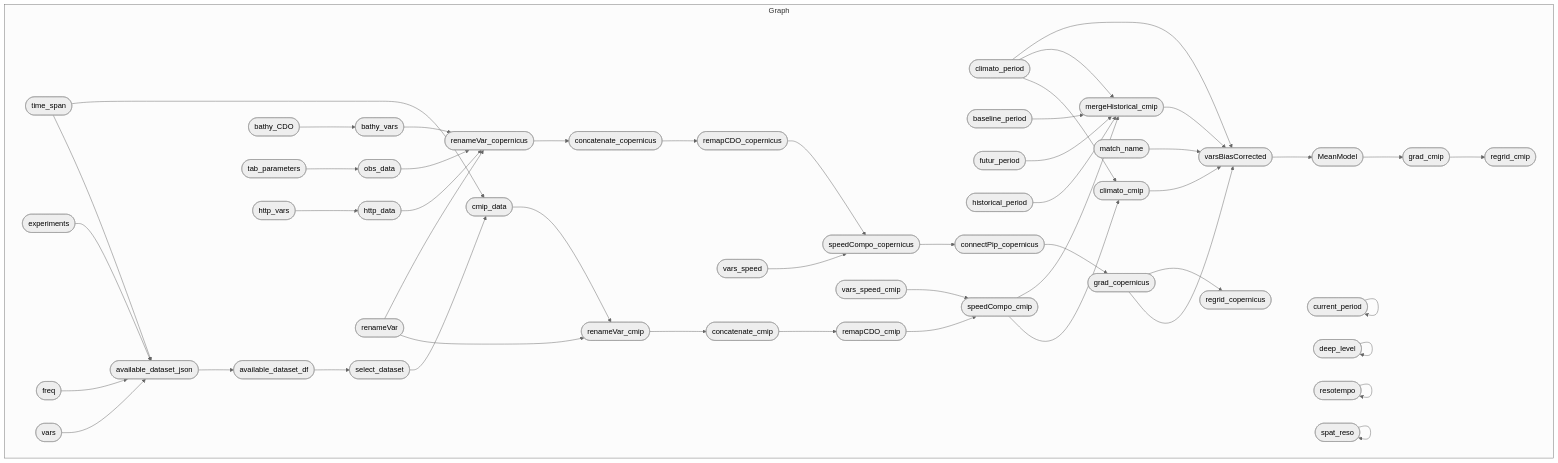
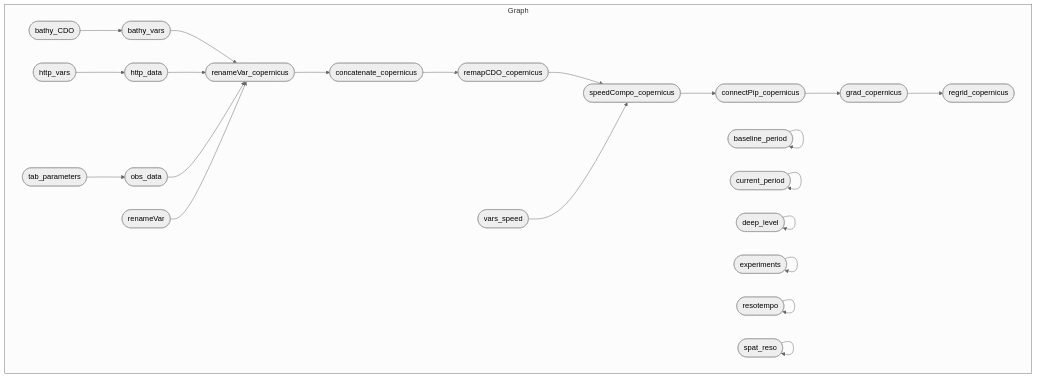
The diagram in README.md (r-fernandezz/downshape), drawn with Mermaid (neutral theme) before and after one commit. The commit also changed other lines of this file and 3 other files, not shown here.

````diff
--- a/README.md
+++ b/README.md
@@ -24,53 +24,26 @@
 ``` mermaid
 graph LR
   subgraph Graph
     direction LR
-    xe895740a9b7896f7(["available_dataset_df"]):::outdated --> x3f5ab24ee8d242b4(["select_dataset"]):::outdated
-    xb5817e1daca13dcc(["bathy_vars"]):::uptodate --> xe44467b2b079fc18(["renameVar_copernicus"]):::uptodate
-    x35b468daf9281b76(["http_data"]):::uptodate --> xe44467b2b079fc18(["renameVar_copernicus"]):::uptodate
-    xd7bca5ba4e5f539d(["obs_data"]):::uptodate --> xe44467b2b079fc18(["renameVar_copernicus"]):::uptodate
-    xd15c82dcb79a7c2e(["renameVar"]):::uptodate --> xe44467b2b079fc18(["renameVar_copernicus"]):::uptodate
-    x0754d07deb71dd34(["MeanModel"]):::outdated --> x4c3d86d2401270ef(["grad_cmip"]):::outdated
-    x3f5ab24ee8d242b4(["select_dataset"]):::outdated --> xd8e5f2013a341013(["cmip_data"]):::outdated
-    x2c0118dd07b06ac8(["time_span"]):::outdated --> xd8e5f2013a341013(["cmip_data"]):::outdated
-    x37179b61a203cbd3(["grad_copernicus"]):::uptodate --> x86e690a15fc5d647(["regrid_copernicus"]):::uptodate
+    xd2707862cf793d3a(["connectPip_copernicus"]):::outdated --> x37179b61a203cbd3(["grad_copernicus"]):::outdated
+    xb5817e1daca13dcc(["bathy_vars"]):::uptodate --> xe44467b2b079fc18(["renameVar_copernicus"]):::outdated
+    x35b468daf9281b76(["http_data"]):::uptodate --> xe44467b2b079fc18(["renameVar_copernicus"]):::outdated
+    xd7bca5ba4e5f539d(["obs_data"]):::outdated --> xe44467b2b079fc18(["renameVar_copernicus"]):::outdated
+    xd15c82dcb79a7c2e(["renameVar"]):::uptodate --> xe44467b2b079fc18(["renameVar_copernicus"]):::outdated
+    xfc6ed28680e5db72(["speedCompo_copernicus"]):::outdated --> xd2707862cf793d3a(["connectPip_copernicus"]):::outdated
+    x9289bfb53112cf3b(["concatenate_copernicus"]):::outdated --> xec6283d15a25ed08(["remapCDO_copernicus"]):::outdated
+    xec6283d15a25ed08(["remapCDO_copernicus"]):::outdated --> xfc6ed28680e5db72(["speedCompo_copernicus"]):::outdated
+    xca459201a27e8460(["vars_speed"]):::uptodate --> xfc6ed28680e5db72(["speedCompo_copernicus"]):::outdated
+    xe44467b2b079fc18(["renameVar_copernicus"]):::outdated --> x9289bfb53112cf3b(["concatenate_copernicus"]):::outdated
+    x4301c707c2ab0cdc(["tab_parameters"]):::uptodate --> xd7bca5ba4e5f539d(["obs_data"]):::outdated
+    x37179b61a203cbd3(["grad_copernicus"]):::outdated --> x86e690a15fc5d647(["regrid_copernicus"]):::outdated
+    x71e926299248ce3f(["http_vars"]):::uptodate --> x35b468daf9281b76(["http_data"]):::uptodate
     xf5c6fd225c377a3d(["bathy_CDO"]):::uptodate --> xb5817e1daca13dcc(["bathy_vars"]):::uptodate
-    x4301c707c2ab0cdc(["tab_parameters"]):::uptodate --> xd7bca5ba4e5f539d(["obs_data"]):::uptodate
-    x0c817e56268c947c(["climato_cmip"]):::outdated --> x178958aede3793d9(["varsBiasCorrected"]):::outdated
-    xbbe4eafa679df977(["climato_period"]):::outdated --> x178958aede3793d9(["varsBiasCorrected"]):::outdated
-    x37179b61a203cbd3(["grad_copernicus"]):::uptodate --> x178958aede3793d9(["varsBiasCorrected"]):::outdated
-    xab1c13260db879af(["match_name"]):::outdated --> x178958aede3793d9(["varsBiasCorrected"]):::outdated
-    xf21dac5ab86940da(["mergeHistorical_cmip"]):::outdated --> x178958aede3793d9(["varsBiasCorrected"]):::outdated
-    x9289bfb53112cf3b(["concatenate_copernicus"]):::uptodate --> xec6283d15a25ed08(["remapCDO_copernicus"]):::uptodate
-    x21b09bf88a2ff147(["baseline_period"]):::uptodate --> xf21dac5ab86940da(["mergeHistorical_cmip"]):::outdated
-    xbbe4eafa679df977(["climato_period"]):::outdated --> xf21dac5ab86940da(["mergeHistorical_cmip"]):::outdated
-    xbce5cad1cf7e7103(["futur_period"]):::outdated --> xf21dac5ab86940da(["mergeHistorical_cmip"]):::outdated
-    x57dd1d5e854c11b6(["historical_period"]):::outdated --> xf21dac5ab86940da(["mergeHistorical_cmip"]):::outdated
-    xe5de19f3be59da20(["speedCompo_cmip"]):::outdated --> xf21dac5ab86940da(["mergeHistorical_cmip"]):::outdated
-    xf4b49e2ba07661b1(["remapCDO_cmip"]):::outdated --> xe5de19f3be59da20(["speedCompo_cmip"]):::outdated
-    x7a197bdf5f12681a(["vars_speed_cmip"]):::outdated --> xe5de19f3be59da20(["speedCompo_cmip"]):::outdated
-    xec6283d15a25ed08(["remapCDO_copernicus"]):::uptodate --> xfc6ed28680e5db72(["speedCompo_copernicus"]):::uptodate
-    xca459201a27e8460(["vars_speed"]):::uptodate --> xfc6ed28680e5db72(["speedCompo_copernicus"]):::uptodate
-    x71e926299248ce3f(["http_vars"]):::uptodate --> x35b468daf9281b76(["http_data"]):::uptodate
-    xfc6ed28680e5db72(["speedCompo_copernicus"]):::uptodate --> xd2707862cf793d3a(["connectPip_copernicus"]):::uptodate
-    xe44467b2b079fc18(["renameVar_copernicus"]):::uptodate --> x9289bfb53112cf3b(["concatenate_copernicus"]):::uptodate
-    xac02e5e58926353b(["experiments"]):::uptodate --> x6fcf9b0e7fc429ff(["available_dataset_json"]):::outdated
-    x906e78a8df9f52cb(["freq"]):::outdated --> x6fcf9b0e7fc429ff(["available_dataset_json"]):::outdated
-    x2c0118dd07b06ac8(["time_span"]):::outdated --> x6fcf9b0e7fc429ff(["available_dataset_json"]):::outdated
-    x8f15ec77b8dbd81a(["vars"]):::outdated --> x6fcf9b0e7fc429ff(["available_dataset_json"]):::outdated
-    x178958aede3793d9(["varsBiasCorrected"]):::outdated --> x0754d07deb71dd34(["MeanModel"]):::outdated
-    xd8e5f2013a341013(["cmip_data"]):::outdated --> x0262297569c18022(["renameVar_cmip"]):::outdated
-    xd15c82dcb79a7c2e(["renameVar"]):::uptodate --> x0262297569c18022(["renameVar_cmip"]):::outdated
-    xd2707862cf793d3a(["connectPip_copernicus"]):::uptodate --> x37179b61a203cbd3(["grad_copernicus"]):::uptodate
-    x6fcf9b0e7fc429ff(["available_dataset_json"]):::outdated --> xe895740a9b7896f7(["available_dataset_df"]):::outdated
-    xbbe4eafa679df977(["climato_period"]):::outdated --> x0c817e56268c947c(["climato_cmip"]):::outdated
-    xe5de19f3be59da20(["speedCompo_cmip"]):::outdated --> x0c817e56268c947c(["climato_cmip"]):::outdated
-    x4fe875b2492d0106(["concatenate_cmip"]):::outdated --> xf4b49e2ba07661b1(["remapCDO_cmip"]):::outdated
-    x0262297569c18022(["renameVar_cmip"]):::outdated --> x4fe875b2492d0106(["concatenate_cmip"]):::outdated
-    x4c3d86d2401270ef(["grad_cmip"]):::outdated --> x14e8a4fa0f44afa5(["regrid_cmip"]):::outdated
+    x21b09bf88a2ff147(["baseline_period"]):::uptodate --> x21b09bf88a2ff147(["baseline_period"]):::uptodate
     x084994fb0e480676(["current_period"]):::uptodate --> x084994fb0e480676(["current_period"]):::uptodate
     x625f066a5f205ec8(["deep_level"]):::uptodate --> x625f066a5f205ec8(["deep_level"]):::uptodate
+    xac02e5e58926353b(["experiments"]):::uptodate --> xac02e5e58926353b(["experiments"]):::uptodate
     x55a14a7f5821bbec(["resotempo"]):::uptodate --> x55a14a7f5821bbec(["resotempo"]):::uptodate
     xe73cbbcc20086ecd(["spat_reso"]):::uptodate --> xe73cbbcc20086ecd(["spat_reso"]):::uptodate
   end
 ```
````
